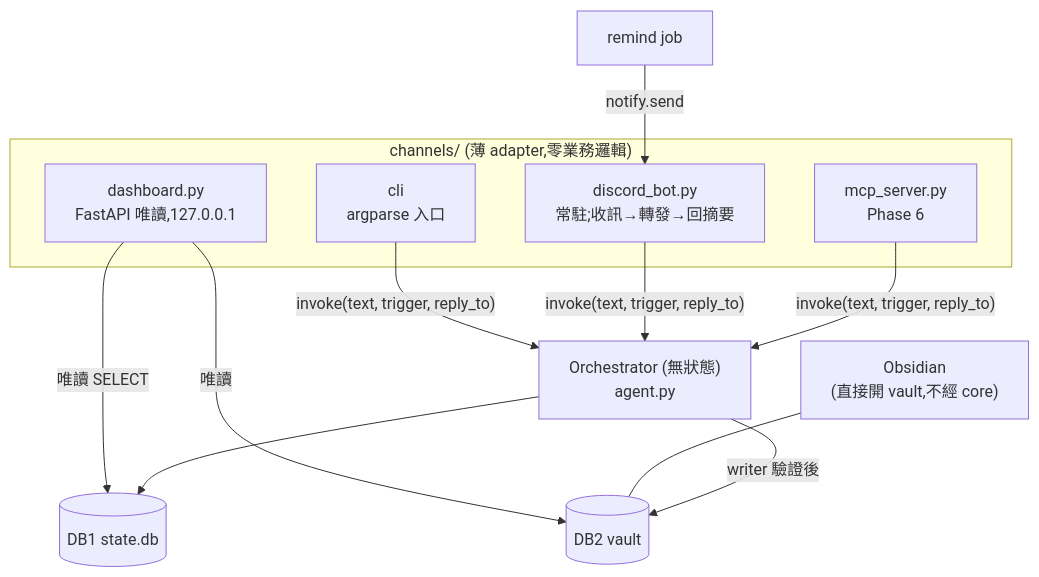
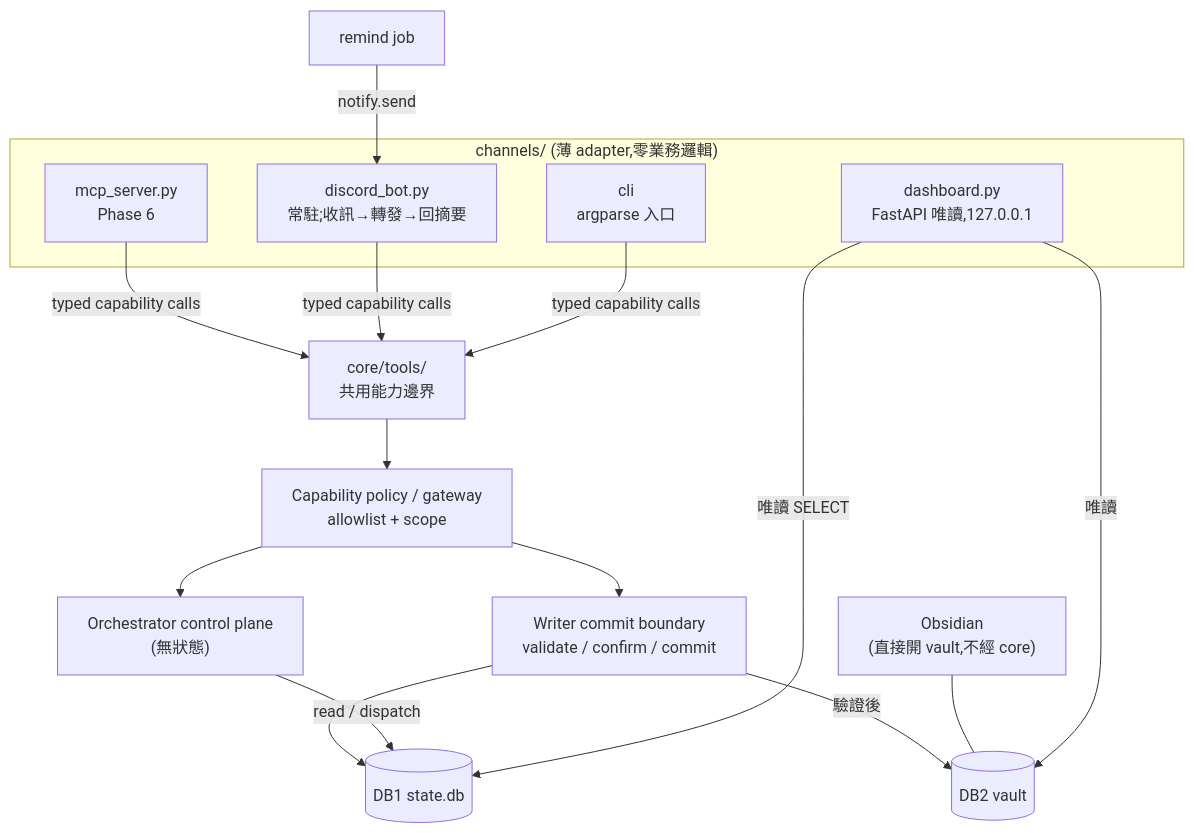
The first of 2 diagrams in INTERFACES.md (Deo940712/personal-agent-Metatron), drawn with Mermaid before and after one commit. The commit also changed other lines of this file and 11 other files, not shown here.

````diff
--- a/INTERFACES.md
+++ b/INTERFACES.md
@@ -21,18 +25,22 @@
 ```mermaid
 flowchart TD
     subgraph CHANNELS["channels/ (薄 adapter,零業務邏輯)"]
         CLI["cli<br/>argparse 入口"]
         DC["discord_bot.py<br/>常駐;收訊→轉發→回摘要"]
         WEB["dashboard.py<br/>FastAPI 唯讀,127.0.0.1"]
         MCP["mcp_server.py<br/>Phase 6"]
     end
     OBS["Obsidian<br/>(直接開 vault,不經 core)"]
 
-    CLI & DC & MCP -->|"invoke(text, trigger, reply_to)"| O["Orchestrator (無狀態)<br/>agent.py"]
+    CLI & DC & MCP -->|"typed capability calls"| T["core/tools/<br/>共用能力邊界"]
+    T --> G["Capability policy / gateway<br/>allowlist + scope"]
+    G --> O["Orchestrator control plane<br/>(無狀態)"]
+    G --> W["Writer commit boundary<br/>validate / confirm / commit"]
     WEB -->|唯讀 SELECT| DB1[(DB1 state.db)]
     WEB -->|唯讀| VAULT[(DB2 vault)]
     OBS --- VAULT
-    O --> DB1
-    O -->|writer 驗證後| VAULT
+    O -->|read / dispatch| DB1
+    W --> DB1
+    W -->|驗證後| VAULT
     RJ["remind job"] -->|notify.send| DC
 ```
````
